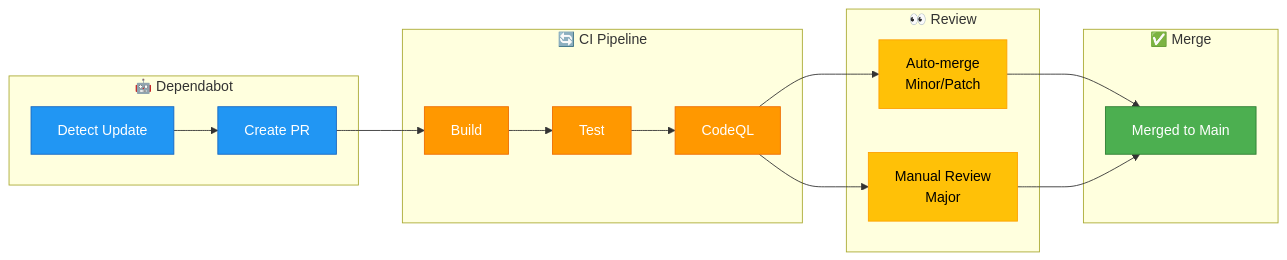
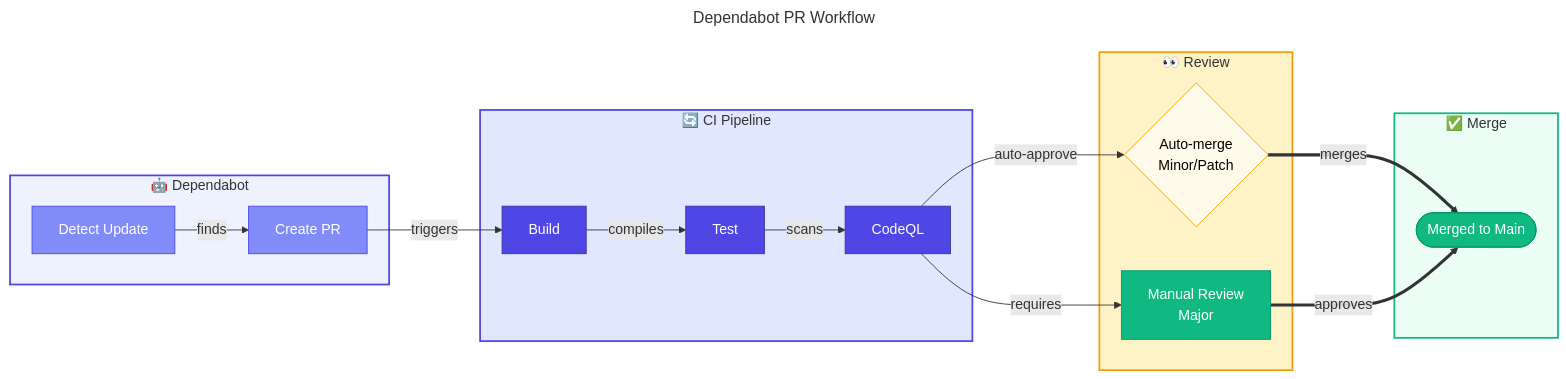
Before and after one commit to Evilazaro/Azure-LogicApps-Monitoring: the second of 2 diagrams in docs/devops/dependabot.md, drawn with Mermaid.

Commit message:
refactor: Improve Dependabot PR workflow diagram with enhanced clarity, structure, and styling

````diff
--- a/docs/devops/dependabot.md
+++ b/docs/devops/dependabot.md
@@ -250,41 +250,58 @@
 ```mermaid
+---
+title: Dependabot PR Workflow
+---
 flowchart LR
-    subgraph Dependabot["🤖 Dependabot"]
-        DETECT[Detect Update]
-        CREATE[Create PR]
+    %% ===== DEPENDABOT =====
+    subgraph DependabotBot["🤖 Dependabot"]
+        DETECT["Detect Update"]
+        CREATE["Create PR"]
     end
 
-    subgraph CI["🔄 CI Pipeline"]
-        BUILD[Build]
-        TEST[Test]
-        CODEQL[CodeQL]
+    %% ===== CI PIPELINE =====
+    subgraph CIPipeline["🔄 CI Pipeline"]
+        BUILD["Build"]
+        TEST["Test"]
+        CODEQL["CodeQL"]
     end
 
+    %% ===== REVIEW STAGE =====
     subgraph Review["👀 Review"]
-        AUTO[Auto-merge<br/>Minor/Patch]
-        MANUAL[Manual Review<br/>Major]
+        AUTO{"Auto-merge<br/>Minor/Patch"}
+        MANUAL["Manual Review<br/>Major"]
     end
 
+    %% ===== MERGE STAGE =====
     subgraph Merge["✅ Merge"]
-        MERGED[Merged to Main]
+        MERGED(["Merged to Main"])
     end
 
-    DETECT --> CREATE
-    CREATE --> BUILD
-    BUILD --> TEST
-    TEST --> CODEQL
-    CODEQL --> AUTO
-    CODEQL --> MANUAL
-    AUTO --> MERGED
-    MANUAL --> MERGED
+    %% ===== WORKFLOW FLOW =====
+    DETECT -->|finds| CREATE
+    CREATE -->|triggers| BUILD
+    BUILD -->|compiles| TEST
+    TEST -->|scans| CODEQL
+    CODEQL -->|auto-approve| AUTO
+    CODEQL -->|requires| MANUAL
+    AUTO ==>|merges| MERGED
+    MANUAL ==>|approves| MERGED
 
-    classDef bot fill:#2196F3,stroke:#1565C0,color:#fff
-    classDef ci fill:#FF9800,stroke:#EF6C00,color:#fff
-    classDef review fill:#FFC107,stroke:#FFA000,color:#000
-    classDef merge fill:#4CAF50,stroke:#2E7D32,color:#fff
+    %% ===== NODE STYLING =====
+    classDef trigger fill:#818CF8,stroke:#4F46E5,color:#FFFFFF
+    classDef primary fill:#4F46E5,stroke:#3730A3,color:#FFFFFF
+    classDef secondary fill:#10B981,stroke:#059669,color:#FFFFFF
+    classDef decision fill:#FFFBEB,stroke:#F59E0B,color:#000000
 
-    class DETECT,CREATE bot
-    class BUILD,TEST,CODEQL ci
-    class AUTO,MANUAL review
-    class MERGED merge
+    %% ===== APPLY NODE CLASSES =====
+    class DETECT,CREATE trigger
+    class BUILD,TEST,CODEQL primary
+    class AUTO decision
+    class MANUAL secondary
+    class MERGED secondary
+
+    %% ===== SUBGRAPH STYLING =====
+    style DependabotBot fill:#EEF2FF,stroke:#4F46E5,stroke-width:2px
+    style CIPipeline fill:#E0E7FF,stroke:#4F46E5,stroke-width:2px
+    style Review fill:#FEF3C7,stroke:#F59E0B,stroke-width:2px
+    style Merge fill:#ECFDF5,stroke:#10B981,stroke-width:2px
 ```
````
